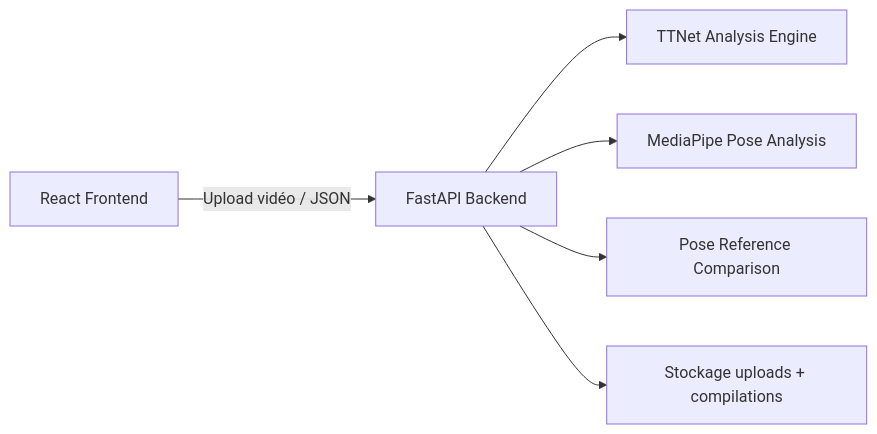
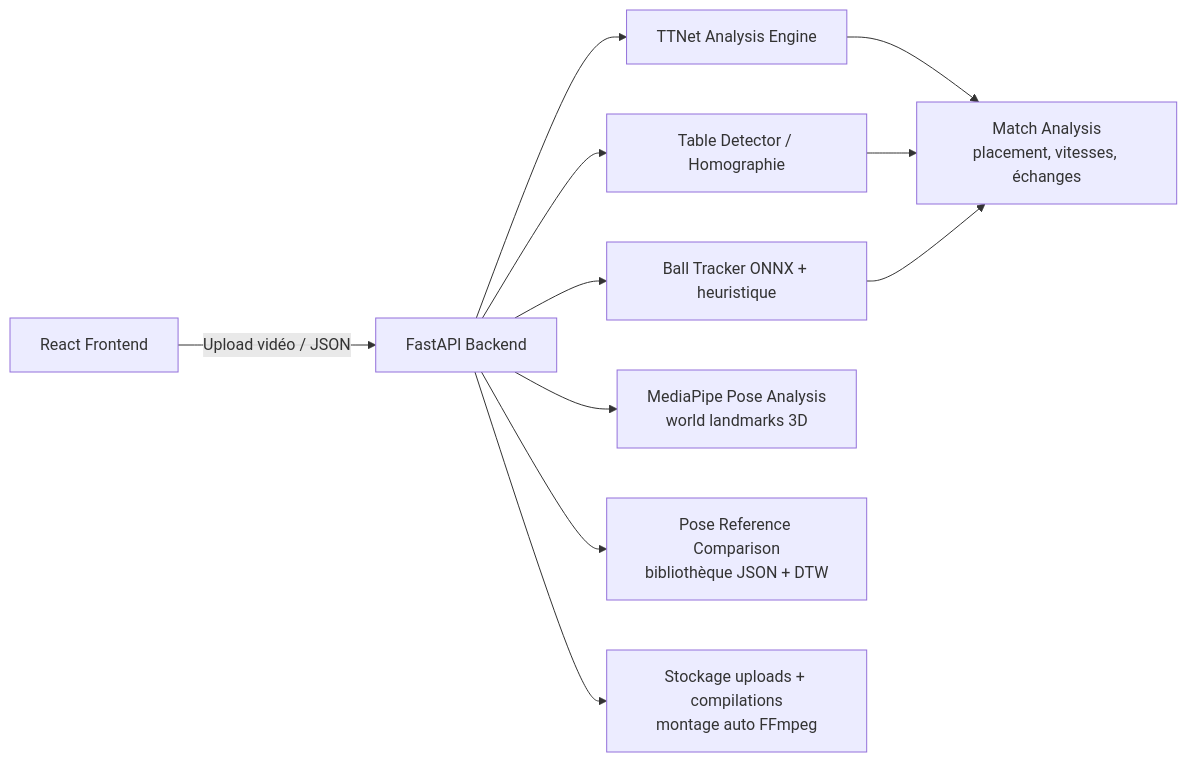
The diagram in README.md (Fonipanda/PingPro), drawn with Mermaid before and after one commit. The commit also changed other lines of this file and 3 other files, not shown here.

````diff
--- a/README.md
+++ b/README.md
@@ -34,8 +39,13 @@
 ```mermaid
 flowchart LR
     A[React Frontend] -->|Upload vidéo / JSON| B[FastAPI Backend]
     B --> C[TTNet Analysis Engine]
-    B --> D[MediaPipe Pose Analysis]
-    B --> E[Pose Reference Comparison]
-    B --> F[Stockage uploads + compilations]
+    B --> G[Ball Tracker ONNX + heuristique]
+    B --> H[Table Detector / Homographie]
+    C --> I[Match Analysis<br/>placement, vitesses, échanges]
+    H --> I
+    G --> I
+    B --> D[MediaPipe Pose Analysis<br/>world landmarks 3D]
+    B --> E[Pose Reference Comparison<br/>bibliothèque JSON + DTW]
+    B --> F[Stockage uploads + compilations<br/>montage auto FFmpeg]
 ```
````
